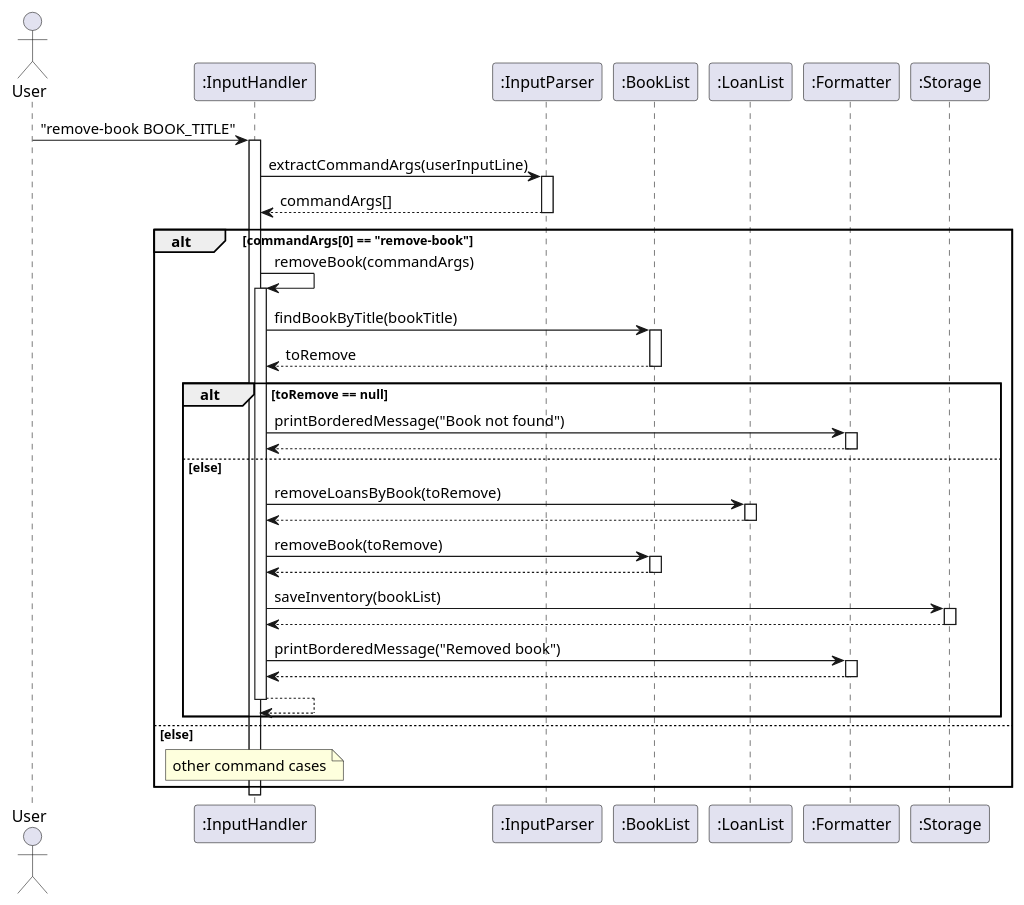
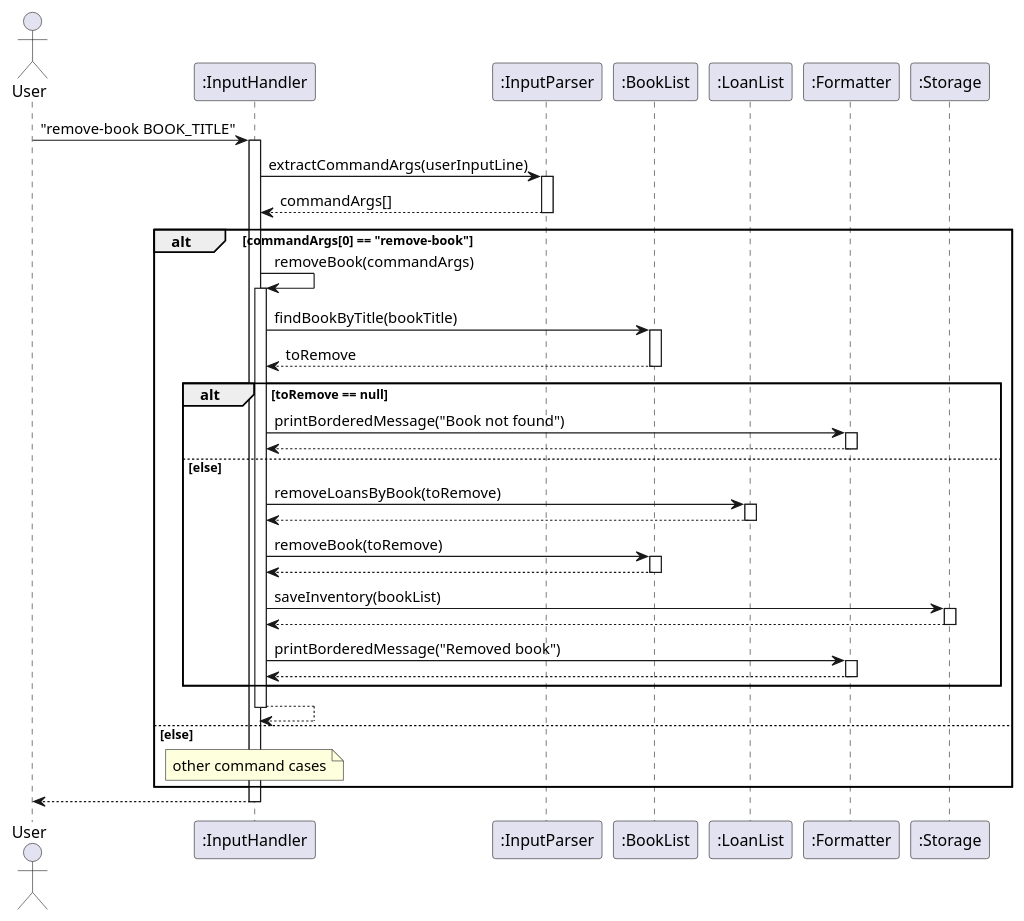
One commit to AY2425S2-CS2113-T12-2/tp changed the diagram in docs/diagrams/removeBook.puml. Above: the diagram before and after it, drawn with PlantUML.

Commit message:
Fix removeBook.puml to include arrow back to User

```diff
--- a/docs/diagrams/removeBook.puml
+++ b/docs/diagrams/removeBook.puml
@@ -1,57 +1,59 @@
 @startuml
 actor User
 participant InputHandler as ":InputHandler"
 participant InputParser as ":InputParser"
 participant BookList as ":BookList"
 participant LoanList as ":LoanList"
 participant Formatter as ":Formatter"
 participant Storage as ":Storage"
 
 User -> InputHandler: "remove-book BOOK_TITLE"
 activate InputHandler
 
     InputHandler -> InputParser: extractCommandArgs(userInputLine)
     activate InputParser
     InputParser --> InputHandler: commandArgs[]
     deactivate InputParser
     alt commandArgs[0] == "remove-book"
         InputHandler -> InputHandler: removeBook(commandArgs)
         activate InputHandler
         InputHandler -> BookList: findBookByTitle(bookTitle)
         activate BookList
         BookList --> InputHandler: toRemove
         deactivate BookList
         alt toRemove == null
             InputHandler -> Formatter: printBorderedMessage("Book not found")
             activate Formatter
             Formatter --> InputHandler
             deactivate Formatter
         else else
             InputHandler -> LoanList: removeLoansByBook(toRemove)
             activate LoanList
             LoanList --> InputHandler
             deactivate LoanList
 
             InputHandler -> BookList: removeBook(toRemove)
             activate BookList
             BookList --> InputHandler
             deactivate BookList
             InputHandler -> Storage: saveInventory(bookList)
             activate Storage
             Storage --> InputHandler
             deactivate Storage
             InputHandler -> Formatter: printBorderedMessage("Removed book")
             activate Formatter
             Formatter --> InputHandler
             deactivate Formatter
+            end
             InputHandler --> InputHandler
             deactivate InputHandler
-        end
+
     else else
     note over InputHandler
     other command cases
     end note
     end
 
+InputHandler --> User
 deactivate InputHandler
 @enduml
```
